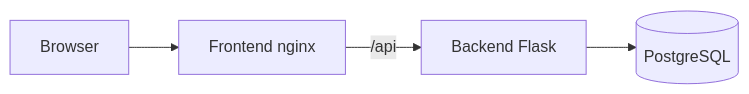
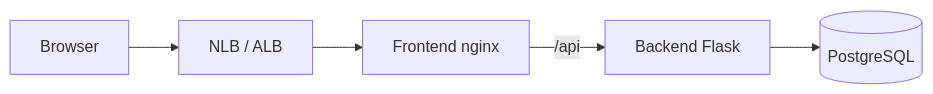
The diagram in README.md (yashassuresh775/three-tier-eks-iac), drawn with Mermaid before and after one commit. The commit also changed other lines of this file and 23 other files, not shown here.

````diff
--- a/README.md
+++ b/README.md
@@ -32,6 +30,7 @@
 ```mermaid
 flowchart LR
-  User[Browser] --> FE[Frontend nginx]
+  User[Browser] --> LB[NLB / ALB]
+  LB --> FE[Frontend nginx]
   FE -->|/api| BE[Backend Flask]
   BE --> DB[(PostgreSQL)]
 ```
````
